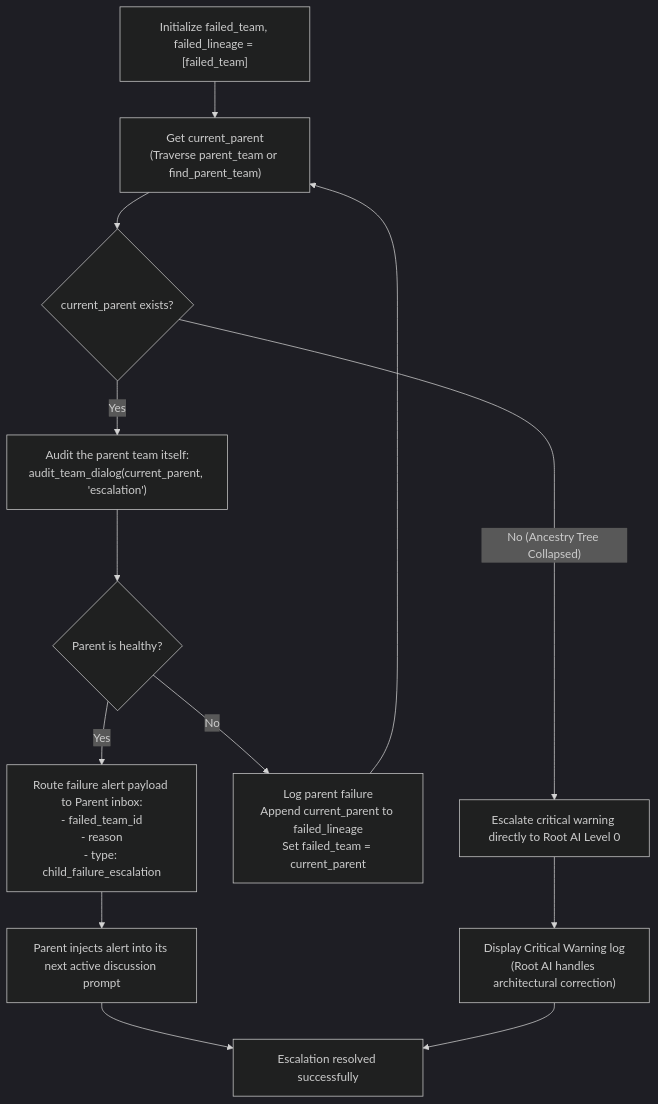
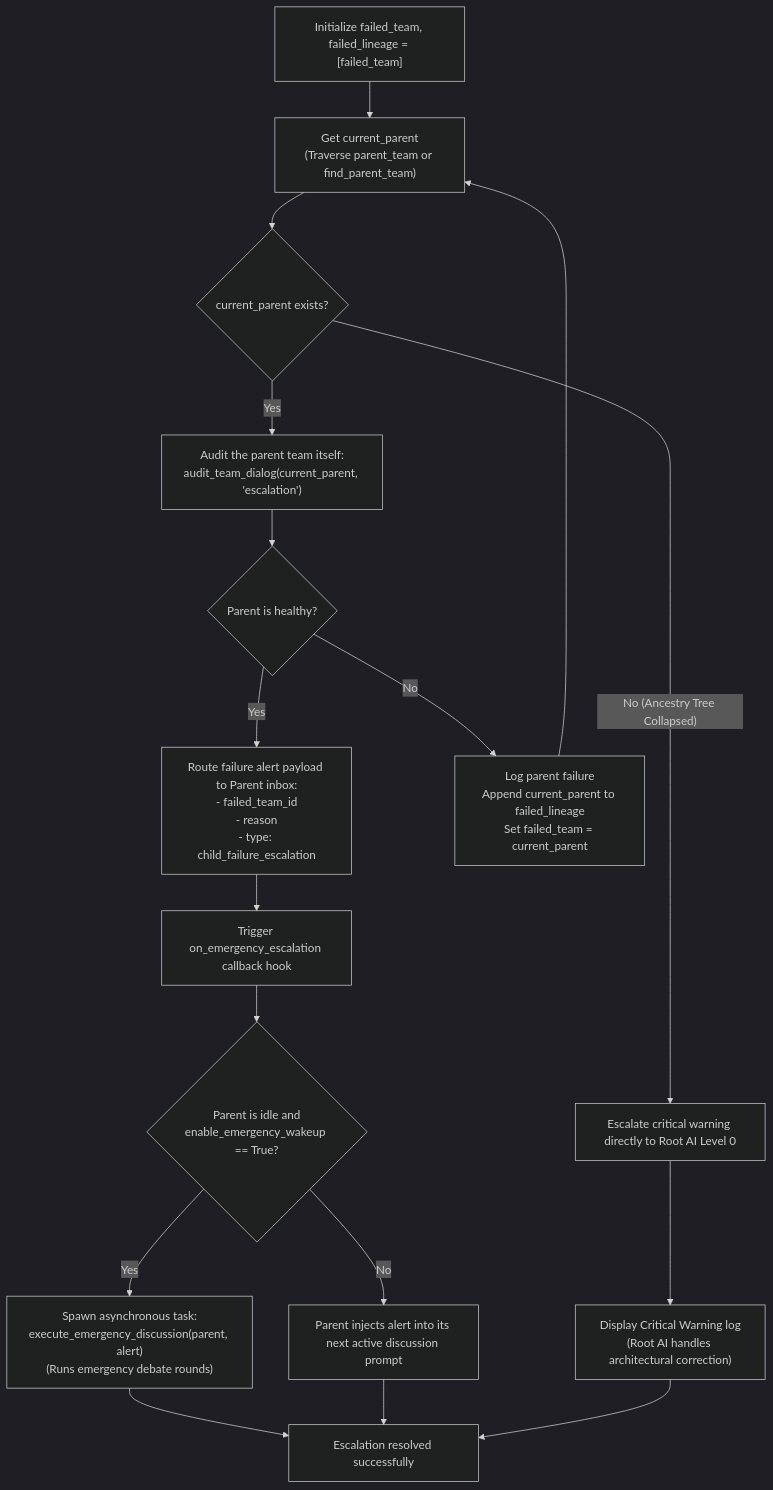
Before and after one commit to AI-Team-Team/AI-Team-Team: the second of 2 diagrams in docs/flowcharts/Supervisory_Team_Audit.md, drawn with Mermaid (dark theme). The commit also changed other lines of this file and 23 other files, not shown here.

````diff
--- a/docs/flowcharts/Supervisory_Team_Audit.md
+++ b/docs/flowcharts/Supervisory_Team_Audit.md
@@ -31,21 +31,28 @@
 ```mermaid
 flowchart TD
     StartClimb["Initialize failed_team, failed_lineage = [failed_team]"] --> ResolveParent["Get current_parent\n(Traverse parent_team or find_parent_team)"]
     
     ResolveParent --> ParentExists{"current_parent exists?"}
     
     ParentExists -- "Yes" --> AuditParent["Audit the parent team itself:\naudit_team_dialog(current_parent, 'escalation')"]
     
     AuditParent --> ParentHealthy{"Parent is healthy?"}
     
     ParentHealthy -- "Yes" --> RouteAlert["Route failure alert payload to Parent inbox:\n- failed_team_id\n- reason\n- type: child_failure_escalation"]
-    RouteAlert --> ParentPrepend["Parent injects alert into its next active discussion prompt"]
+    RouteAlert --> TriggerCallback["Trigger on_emergency_escalation callback hook"]
+    
+    TriggerCallback --> WakeupGate{"Parent is idle and\nenable_emergency_wakeup == True?"}
+    
+    WakeupGate -- "Yes" --> EmergencyDiscussion["Spawn asynchronous task:\nexecute_emergency_discussion(parent, alert)\n(Runs emergency debate rounds)"]
+    WakeupGate -- "No" --> ParentPrepend["Parent injects alert into its next active discussion prompt"]
+    
+    EmergencyDiscussion --> End["Escalation resolved successfully"]
     ParentPrepend --> End["Escalation resolved successfully"]
     
     ParentHealthy -- "No" --> LogBrokenParent["Log parent failure\nAppend current_parent to failed_lineage\nSet failed_team = current_parent"]
     LogBrokenParent --> ResolveParent
     
     ParentExists -- "No (Ancestry Tree Collapsed)" --> AlertRootAI["Escalate critical warning directly to Root AI Level 0"]
     AlertRootAI --> RootAlert["Display Critical Warning log\n(Root AI handles architectural correction)"]
     RootAlert --> End
 ```
````
